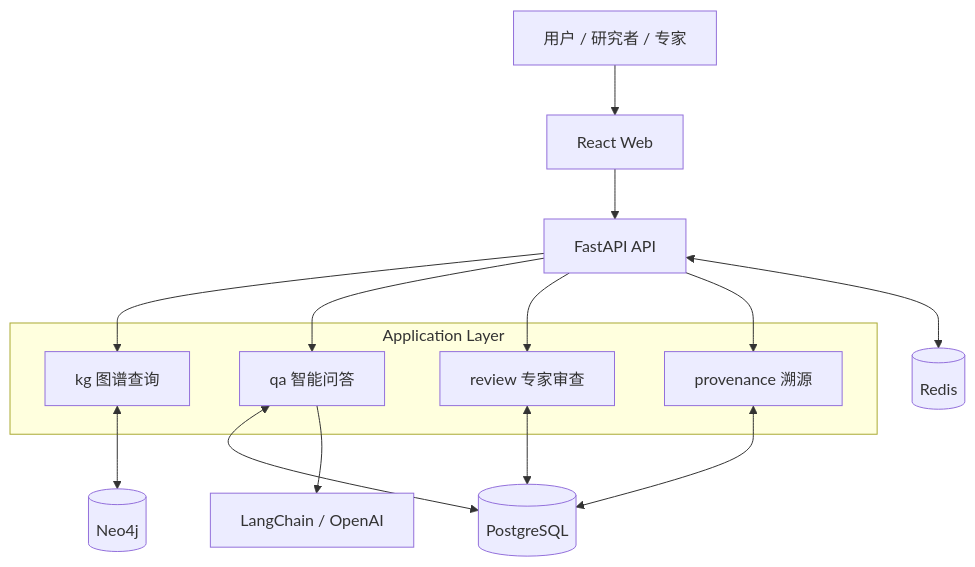
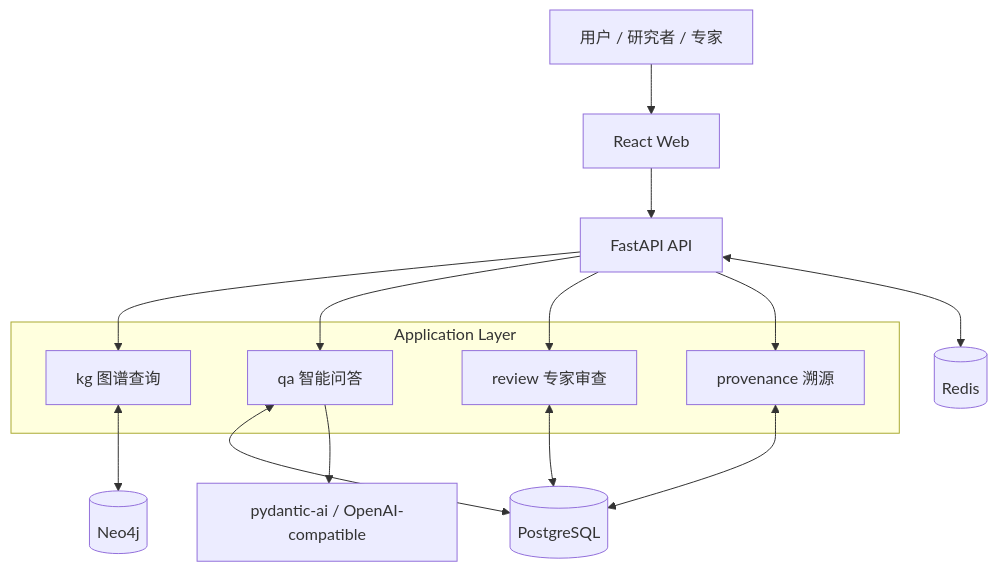
The first of 3 diagrams in docs/architecture/system-overview.md (ticoAg/BaiCao), drawn with Mermaid before and after one commit. The commit also changed other lines of this file and 51 other files, not shown here.

First line of the commit message:
feat: 问答改走 pydantic-ai-slim，并收口图检索与数据集发布

````diff
--- a/docs/architecture/system-overview.md
+++ b/docs/architecture/system-overview.md
@@ -42,25 +42,25 @@
 ```mermaid
 flowchart TB
     User[用户 / 研究者 / 专家]
     User --> Web[React Web]
     Web --> API[FastAPI API]
 
     subgraph App[Application Layer]
         KG[kg 图谱查询]
         QA[qa 智能问答]
         RV[review 专家审查]
         PV[provenance 溯源]
     end
 
     API --> KG
     API --> QA
     API --> RV
     API --> PV
 
     KG <--> Neo4j[(Neo4j)]
     QA <--> PG[(PostgreSQL)]
     RV <--> PG
     PV <--> PG
     API <--> Redis[(Redis)]
-    QA --> LLM[LangChain / OpenAI]
+    QA --> LLM[pydantic-ai / OpenAI-compatible]
 ```
````
